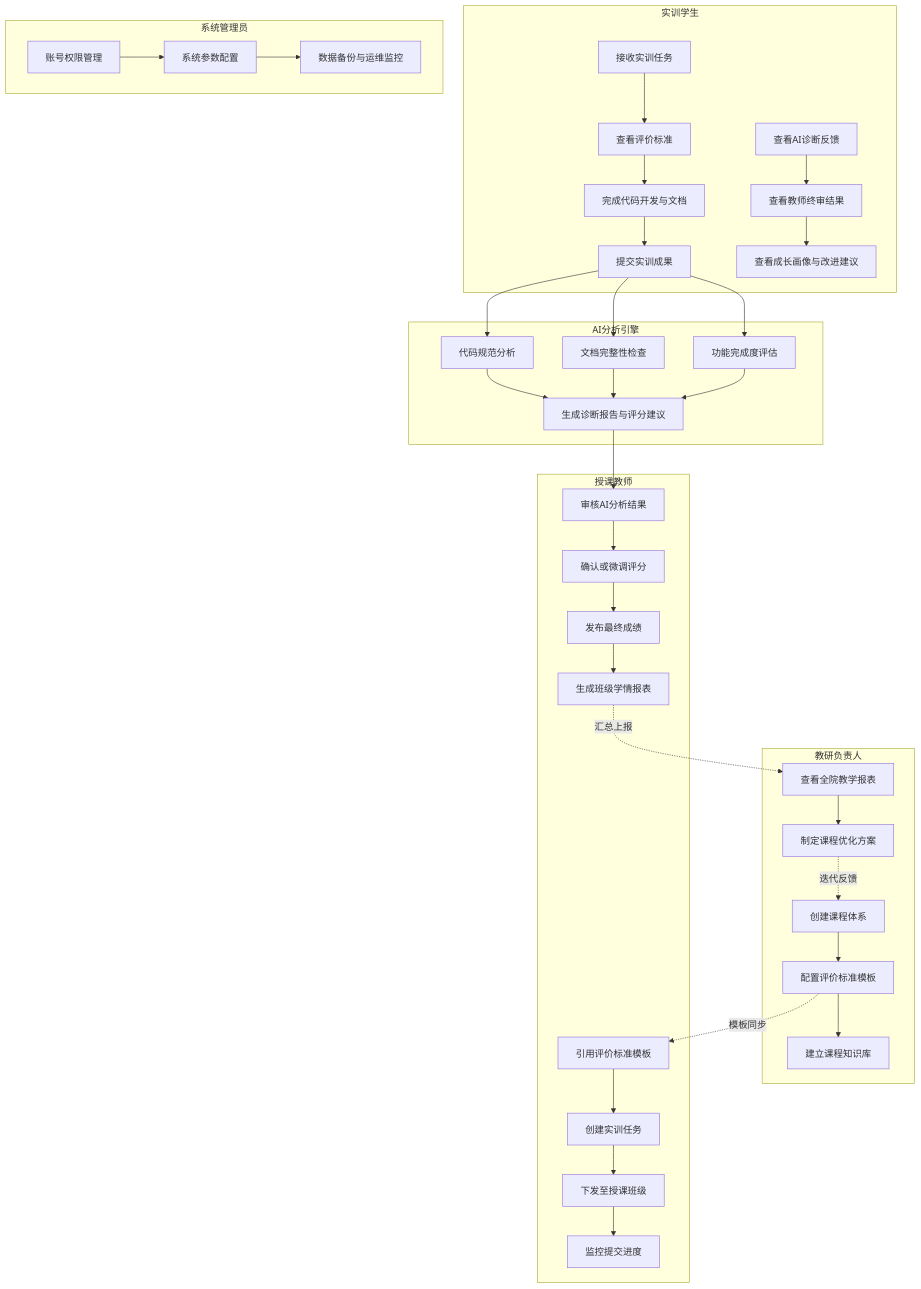
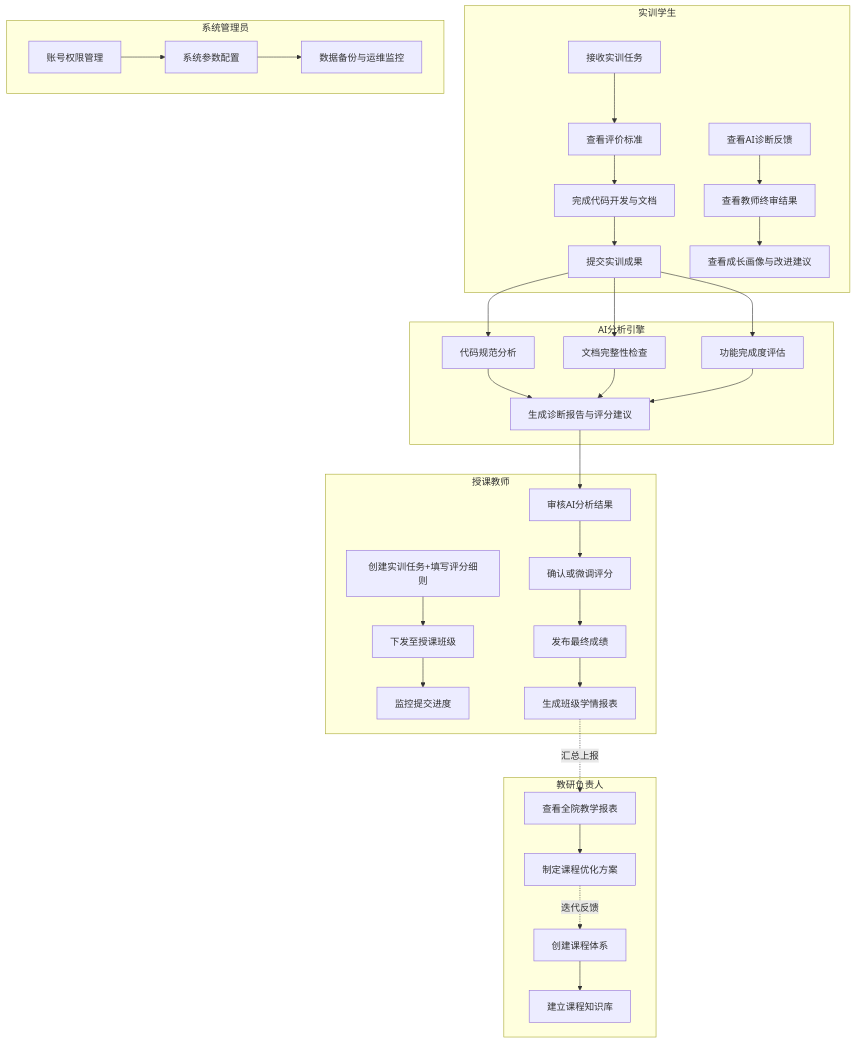
The fourth of 5 diagrams in docs/01-PRD.md (sunq821-byte/B1-platform), drawn with Mermaid before and after one commit. The commit also changed other lines of this file and 4 other files, not shown here.

````diff
--- a/docs/01-PRD.md
+++ b/docs/01-PRD.md
@@ -253,48 +256,45 @@
 ```mermaid
 flowchart TD
     subgraph 教研负责人
-        T1[创建课程体系] --> T2[配置评价标准模板]
-        T2 --> T3[建立课程知识库]
+        T1[创建课程体系] --> T3[建立课程知识库]
         T9[查看全院教学报表] --> T10[制定课程优化方案]
     end
 
     subgraph 授课教师
-        C1[引用评价标准模板] --> C2[创建实训任务]
-        C2 --> C3[下发至授课班级]
+        C2[创建实训任务+填写评分细则] --> C3[下发至授课班级]
         C3 --> C4[监控提交进度]
         C6[审核AI分析结果] --> C7[确认或微调评分]
         C7 --> C8[发布最终成绩]
         C8 --> C9[生成班级学情报表]
     end
 
     subgraph 实训学生
         S1[接收实训任务] --> S2[查看评价标准]
         S2 --> S3[完成代码开发与文档]
         S3 --> S4[提交实训成果]
         S5[查看AI诊断反馈] --> S6[查看教师终审结果]
         S6 --> S7[查看成长画像与改进建议]
     end
 
     subgraph AI分析引擎
         AI1[代码规范分析]
         AI2[文档完整性检查]
         AI3[功能完成度评估]
         AI4[生成诊断报告与评分建议]
     end
 
     subgraph 系统管理员
         AD1[账号权限管理] --> AD2[系统参数配置]
         AD2 --> AD3[数据备份与运维监控]
     end
 
-    T2 -. 模板同步 .-> C1
     S4 --> AI1
     S4 --> AI2
     S4 --> AI3
     AI1 --> AI4
     AI2 --> AI4
     AI3 --> AI4
     AI4 --> C6
     C9 -. 汇总上报 .-> T9
     T10 -. 迭代反馈 .-> T1
 ```
````
